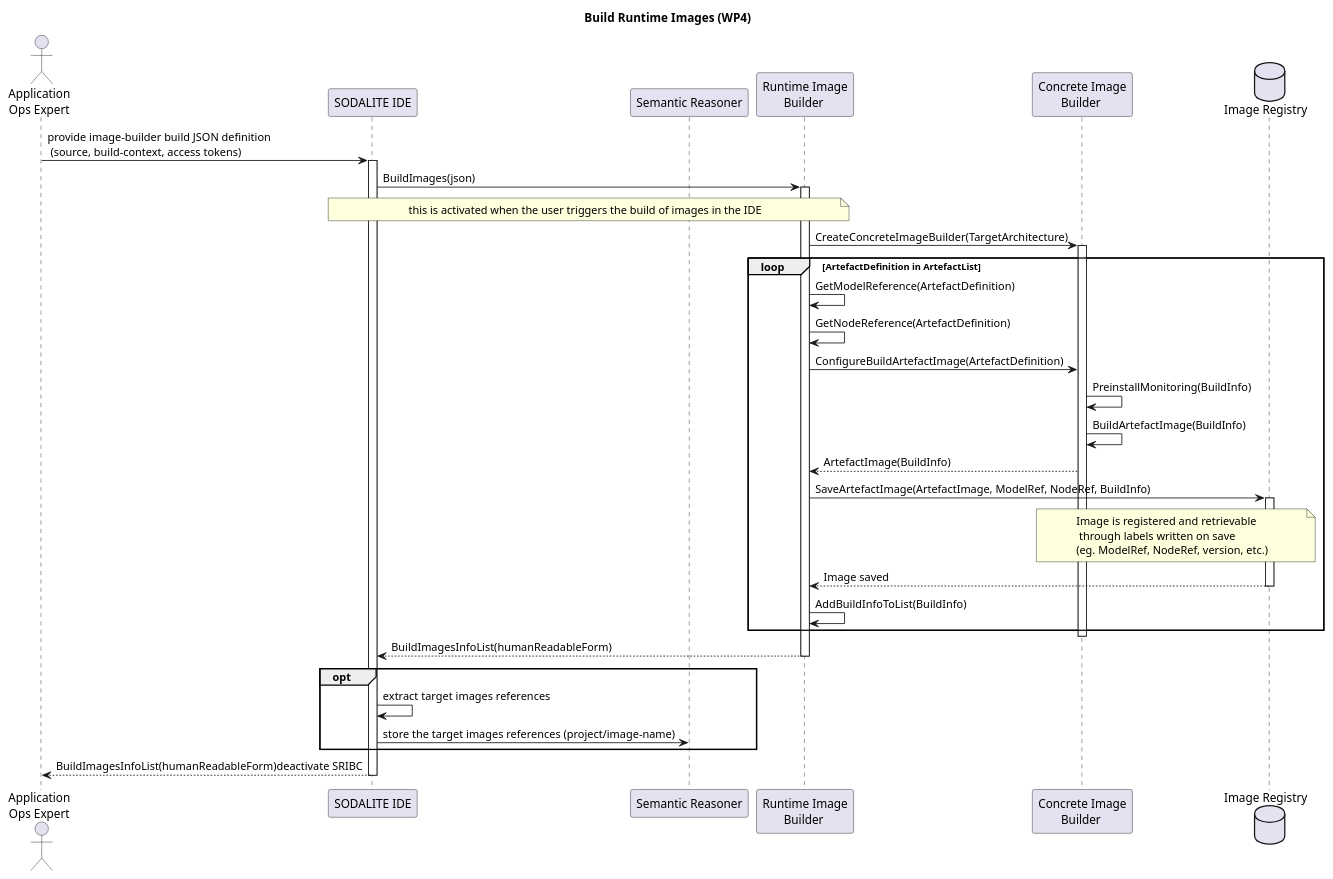
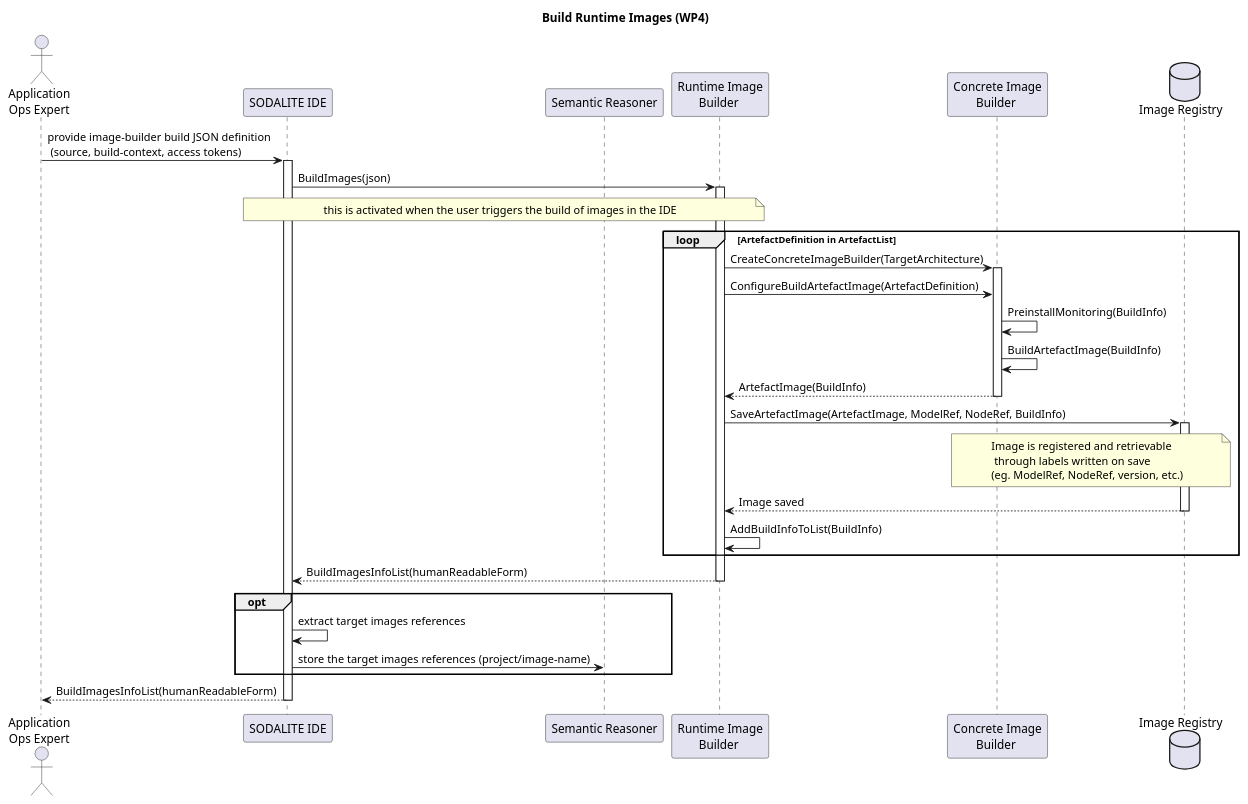
The diagram in uml/sequence-diagrams/UC-16-BuildRuntimeImages-WP4.puml (SODALITE-EU/project-wide-documentation), drawn with PlantUML before and after one commit.

Commit message:
Build images update

```diff
--- a/uml/sequence-diagrams/UC-16-BuildRuntimeImages-WP4.puml
+++ b/uml/sequence-diagrams/UC-16-BuildRuntimeImages-WP4.puml
@@ -1,54 +1,53 @@
 @startuml
 
 title Build Runtime Images (WP4)
 
 'Define user actors
 actor "Application\nOps Expert" as ops
 participant "SODALITE IDE" as editor
 participant "Semantic Reasoner" as reasoner
 participant "Runtime Image\nBuilder " as SRIBC
 participant "Concrete Image\nBuilder " as SCIBC
 database "Image Registry " as SIIR
 
 ops->editor: provide image-builder build JSON definition \n (source, build-context, access tokens)
 activate editor
 editor->SRIBC: BuildImages(json)
 
 note over editor, SRIBC: this is activated when the user triggers the build of images in the IDE
 
 activate SRIBC
 
-SRIBC->SCIBC: CreateConcreteImageBuilder(TargetArchitecture)
-activate SCIBC
 
 loop ArtefactDefinition in ArtefactList
-    SRIBC->SRIBC: GetModelReference(ArtefactDefinition)
-    SRIBC->SRIBC: GetNodeReference(ArtefactDefinition)
+    SRIBC->SCIBC: CreateConcreteImageBuilder(TargetArchitecture)
+    activate SCIBC
     SRIBC->SCIBC: ConfigureBuildArtefactImage(ArtefactDefinition)
     SCIBC->SCIBC: PreinstallMonitoring(BuildInfo)
     SCIBC->SCIBC: BuildArtefactImage(BuildInfo)
     SCIBC-->SRIBC: ArtefactImage(BuildInfo)
+    deactivate SCIBC
     'Save the resulting IaC and recipes together with build time information (errors, warnings, information, improvement suggestions - all addressing the abstract model)
     SRIBC->SIIR: SaveArtefactImage(ArtefactImage, ModelRef, NodeRef, BuildInfo)
     activate SIIR
     note over SCIBC, SIIR: Image is registered and retrievable\n through labels written on save\n(eg. ModelRef, NodeRef, version, etc.)
     SIIR-->SRIBC: Image saved
     deactivate SIIR
 
     SRIBC->SRIBC: AddBuildInfoToList(BuildInfo)
 end
 
-deactivate SCIBC
 
 'Return the reference to compile/build time information (errors, warnings, information, improvement suggestions - all addressing the abstract model)
 SRIBC-->editor: BuildImagesInfoList(humanReadableForm)
 deactivate SRIBC
 opt
     editor->editor: extract target images references
     editor->reasoner: store the target images references (project/image-name)
 end
-editor-->ops: BuildImagesInfoList(humanReadableForm)deactivate SRIBC
+editor-->ops: BuildImagesInfoList(humanReadableForm)
+deactivate SRIBC
 deactivate editor
 
 
 @enduml
```
